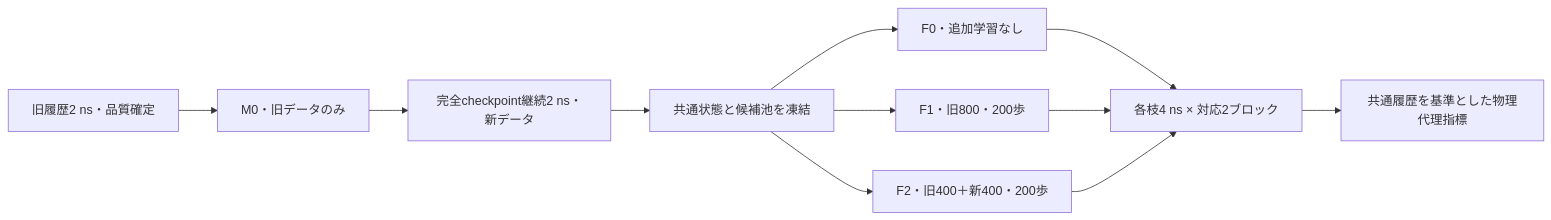
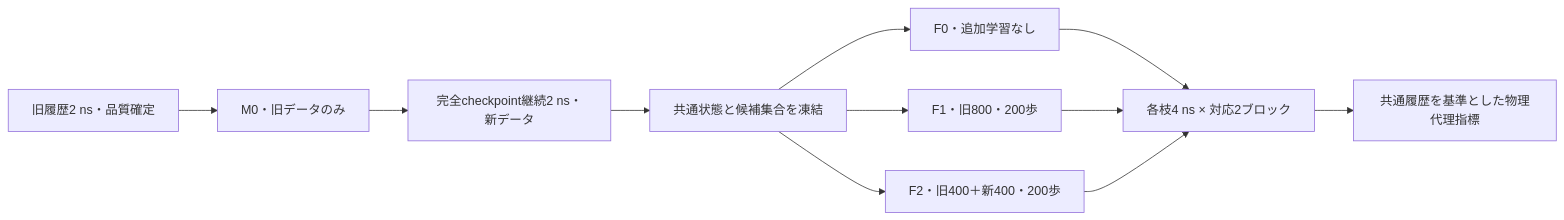
One commit to cui-gx/phd-research changed the diagram in docs/P1-B1-Pilot/experiment-design.md. Above: the diagram before and after it, drawn with Mermaid. The commit also changed other lines of this file and 62 other files, not shown here.

````diff
--- a/docs/P1-B1-Pilot/experiment-design.md
+++ b/docs/P1-B1-Pilot/experiment-design.md
@@ -5,13 +5,13 @@
 ```mermaid
 flowchart LR
  H1[旧履歴2 ns・品質確定] --> M[M0・旧データのみ]
  M --> H2[完全checkpoint継続2 ns・新データ]
- H2 --> S[共通状態と候補池を凍結]
+ H2 --> S[共通状態と候補集合を凍結]
  S --> F0[F0・追加学習なし]
  S --> F1[F1・旧800・200歩]
  S --> F2[F2・旧400＋新400・200歩]
  F0 --> Y[各枝4 ns × 対応2ブロック]
  F1 --> Y
  F2 --> Y
  Y --> P[共通履歴を基準とした物理代理指標]
 ```
````
